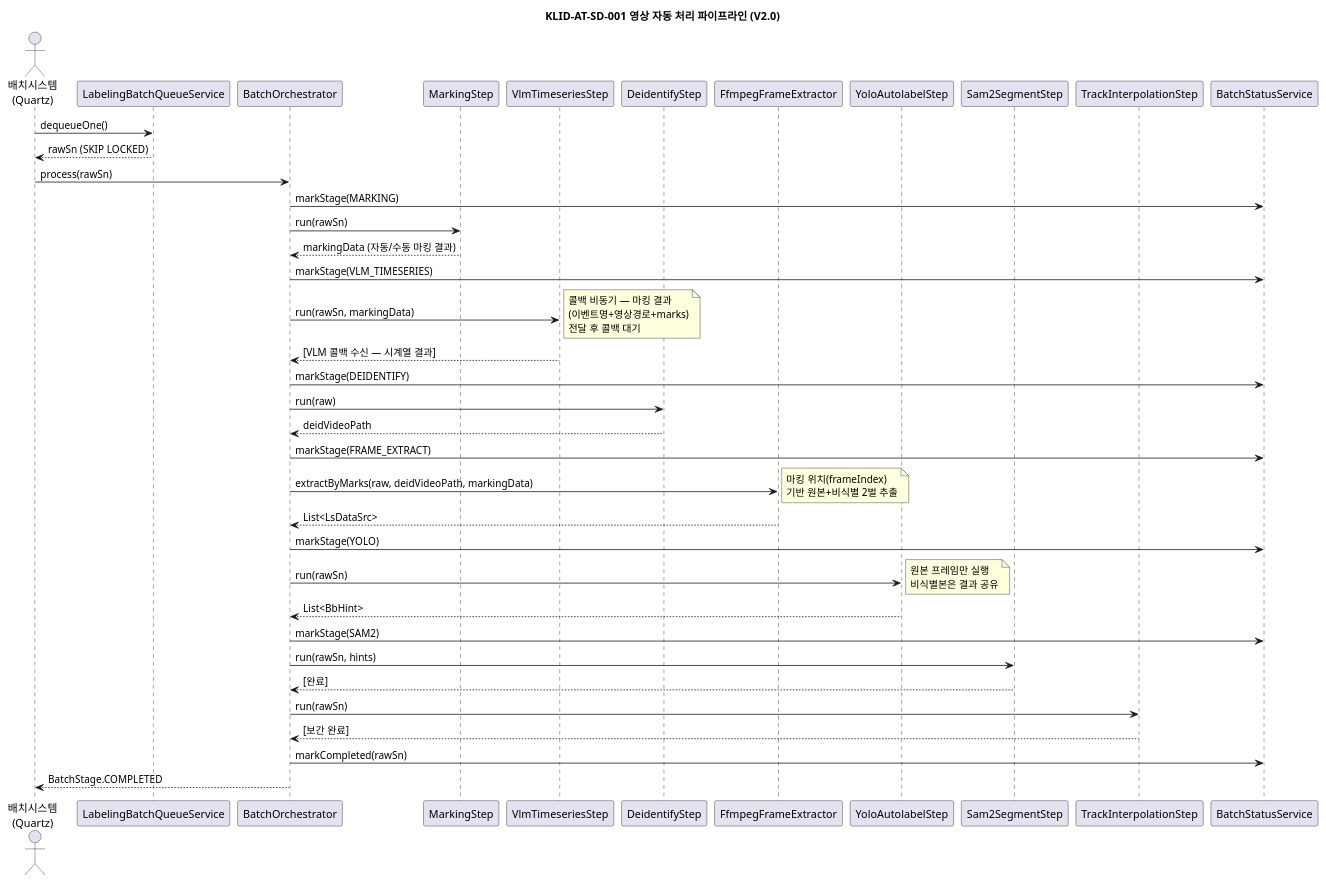
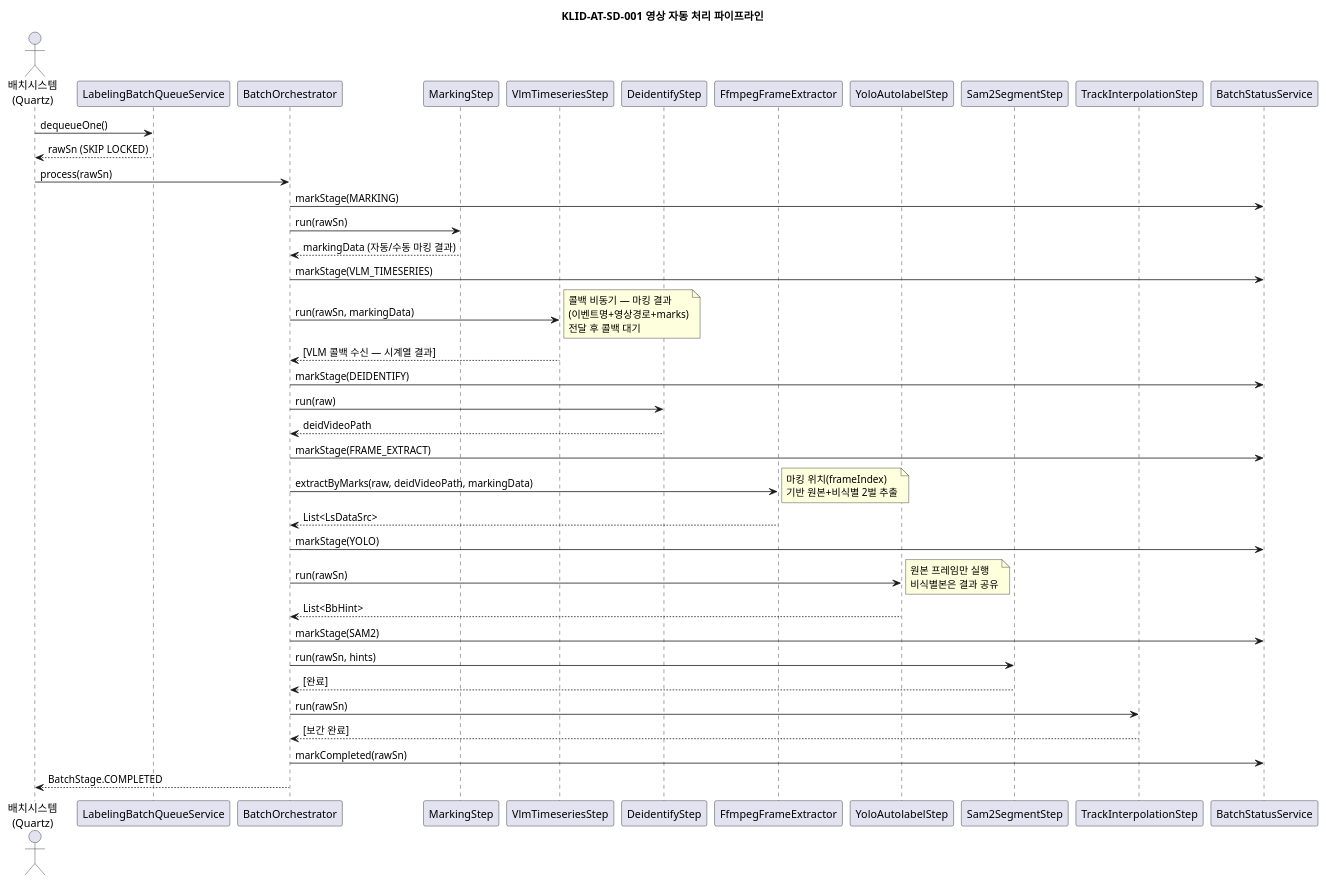
Before and after one commit to New-stella/klid-label: the first of 25 diagrams in docs/cbd/D1-클래스설계서.md, drawn with PlantUML. The commit also changed other lines of this file and 9 other files, not shown here.

````diff
--- a/docs/cbd/D1-클래스설계서.md
+++ b/docs/cbd/D1-클래스설계서.md
@@ -92,45 +92,45 @@
 ```plantuml
 @startuml KLID-AT-SD-001
-title KLID-AT-SD-001 영상 자동 처리 파이프라인 (V2.0)
+title KLID-AT-SD-001 영상 자동 처리 파이프라인
 actor "배치시스템\n(Quartz)" as BATCH
 participant LabelingBatchQueueService as QUEUE
 participant BatchOrchestrator as ORCH
 participant MarkingStep as MARK
 participant VlmTimeseriesStep as VLM
 participant DeidentifyStep as DEID
 participant FfmpegFrameExtractor as FFMPEG
 participant YoloAutolabelStep as YOLO
 participant Sam2SegmentStep as SAM2
 participant TrackInterpolationStep as INTERP
 participant BatchStatusService as STATUS
 
 BATCH -> QUEUE : dequeueOne()
 QUEUE --> BATCH : rawSn (SKIP LOCKED)
 BATCH -> ORCH : process(rawSn)
 ORCH -> STATUS : markStage(MARKING)
 ORCH -> MARK : run(rawSn)
 MARK --> ORCH : markingData (자동/수동 마킹 결과)
 ORCH -> STATUS : markStage(VLM_TIMESERIES)
 ORCH -> VLM : run(rawSn, markingData)
 note right : 콜백 비동기 — 마킹 결과\n(이벤트명+영상경로+marks)\n전달 후 콜백 대기
 VLM --> ORCH : [VLM 콜백 수신 — 시계열 결과]
 ORCH -> STATUS : markStage(DEIDENTIFY)
 ORCH -> DEID : run(raw)
 DEID --> ORCH : deidVideoPath
 ORCH -> STATUS : markStage(FRAME_EXTRACT)
 ORCH -> FFMPEG : extractByMarks(raw, deidVideoPath, markingData)
 note right : 마킹 위치(frameIndex)\n기반 원본+비식별 2벌 추출
 FFMPEG --> ORCH : List<LsDataSrc>
 ORCH -> STATUS : markStage(YOLO)
 ORCH -> YOLO : run(rawSn)
 note right : 원본 프레임만 실행\n비식별본은 결과 공유
 YOLO --> ORCH : List<BbHint>
 ORCH -> STATUS : markStage(SAM2)
 ORCH -> SAM2 : run(rawSn, hints)
 SAM2 --> ORCH : [완료]
 ORCH -> INTERP : run(rawSn)
 INTERP --> ORCH : [보간 완료]
 ORCH -> STATUS : markCompleted(rawSn)
 ORCH --> BATCH : BatchStage.COMPLETED
 @enduml
 ```
````
